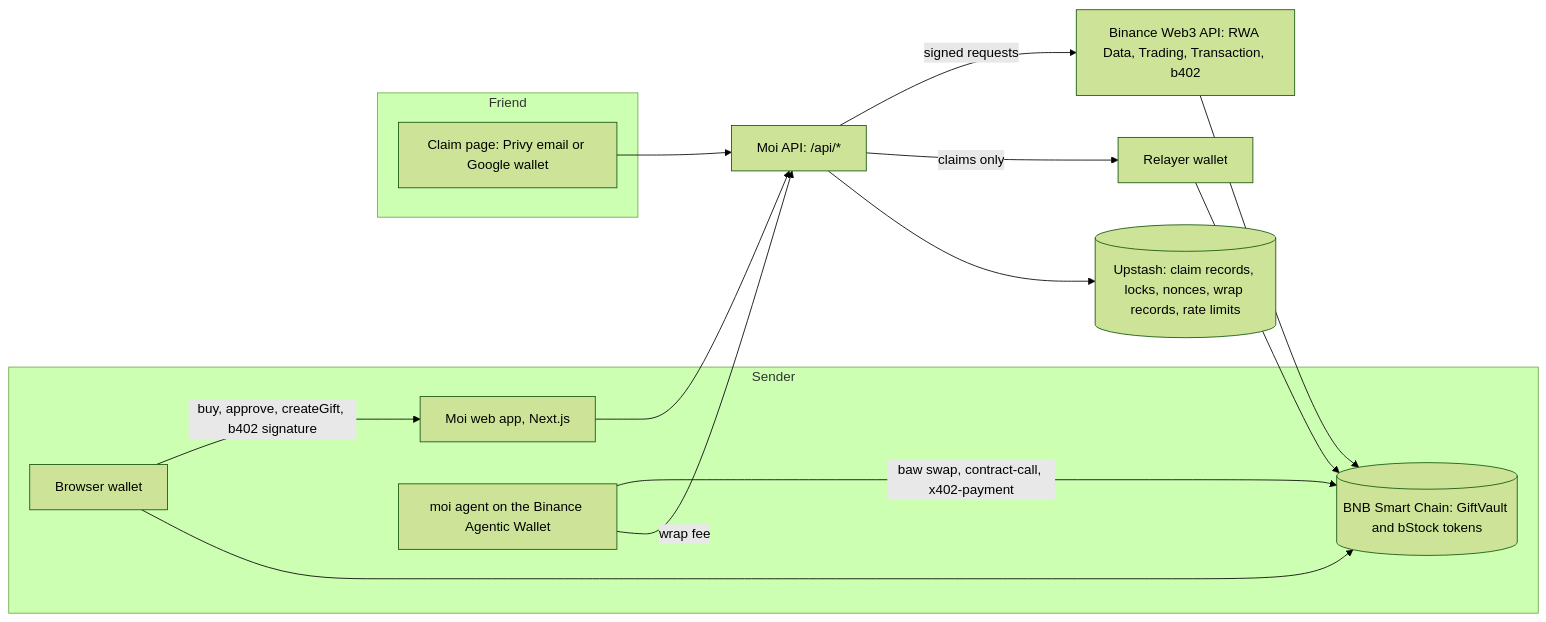
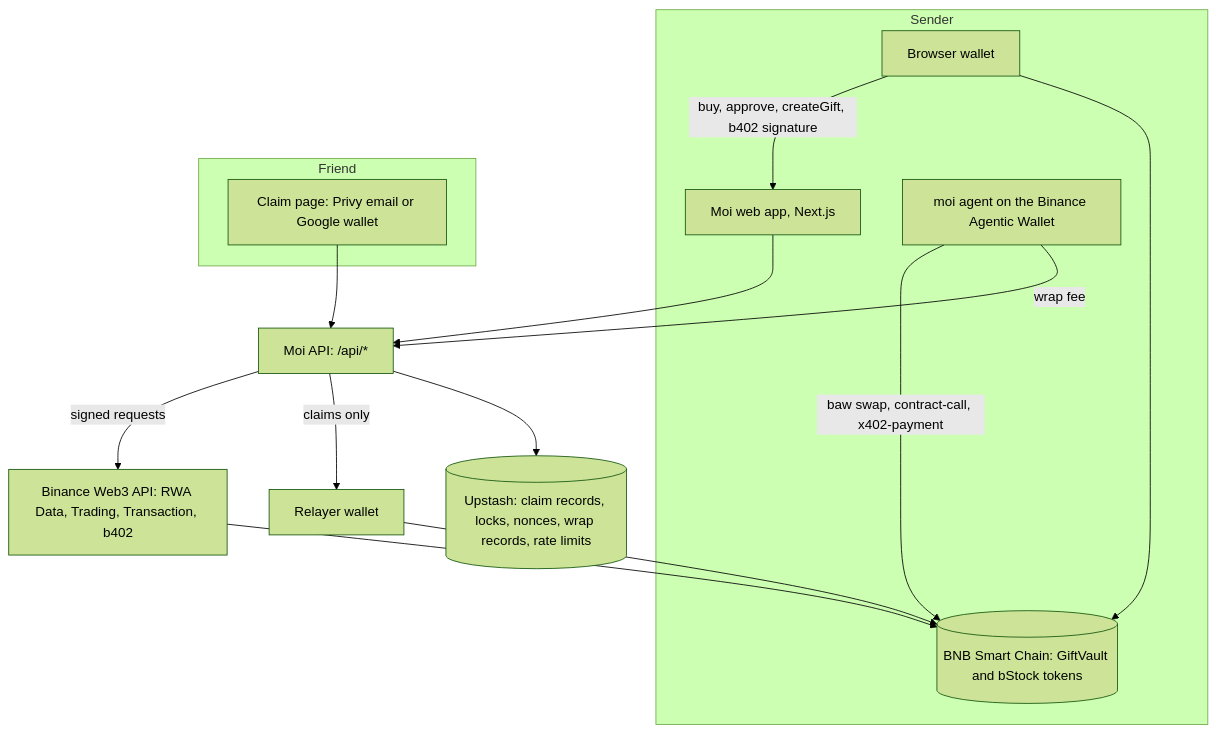
The first of 2 diagrams in packages/web/content/docs/how-it-works.mdx (ramakrishnanhulk20/Moi), drawn with Mermaid (forest theme) before and after one commit. The commit also changed 8 other files, not shown here.

````diff
--- a/packages/web/content/docs/how-it-works.mdx
+++ b/packages/web/content/docs/how-it-works.mdx
@@ -46,19 +46,19 @@
 ```mermaid
-flowchart LR
+flowchart TB
   subgraph Sender
     W[Browser wallet] -->|buy, approve, createGift, b402 signature| WEB
     A[moi agent on the Binance Agentic Wallet] -->|baw swap, contract-call, x402-payment| CHAIN
   end
   subgraph Friend
     P[Claim page: Privy email or Google wallet]
   end
   WEB[Moi web app, Next.js] --> API[Moi API: /api/*]
   P --> API
   A -->|wrap fee| API
   API -->|signed requests| BWA[Binance Web3 API: RWA Data, Trading, Transaction, b402]
   API -->|claims only| REL[Relayer wallet]
   REL --> CHAIN
   API --> KV[(Upstash: claim records, locks, nonces, wrap records, rate limits)]
   W --> CHAIN[(BNB Smart Chain: GiftVault and bStock tokens)]
   BWA --> CHAIN
 ```
````
